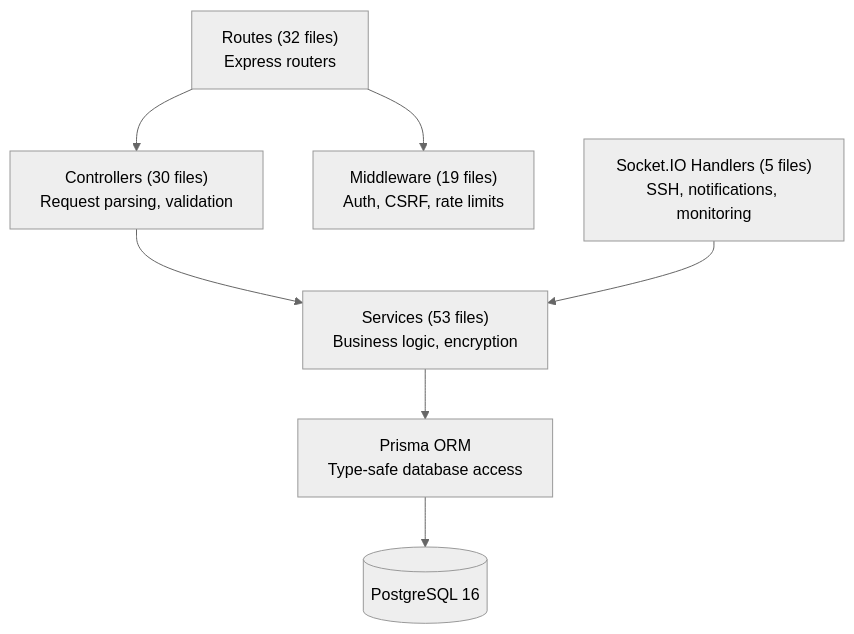
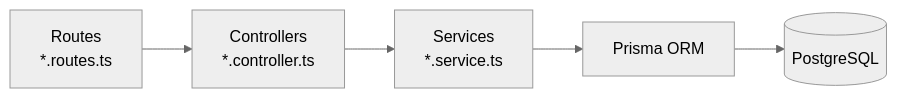
Before and after one commit to dnviti/remote-desktop-manager: the second of 11 diagrams in docs/architecture.md, drawn with Mermaid (neutral theme). The commit also changed other lines of this file and 9 other files, not shown here.

````diff
--- a/docs/architecture.md
+++ b/docs/architecture.md
@@ -51,11 +101,4 @@
 ```mermaid
-flowchart TD
-    Routes["Routes (32 files)<br/>Express routers"] --> Controllers["Controllers (30 files)<br/>Request parsing, validation"]
-    Controllers --> Services["Services (53 files)<br/>Business logic, encryption"]
-    Services --> Prisma["Prisma ORM<br/>Type-safe database access"]
-    Prisma --> PostgreSQL[(PostgreSQL 16)]
-
-    Routes --> Middleware["Middleware (19 files)<br/>Auth, CSRF, rate limits"]
-
-    Socket["Socket.IO Handlers (5 files)<br/>SSH, notifications, monitoring"] --> Services
+flowchart LR
+    Routes["Routes<br/>*.routes.ts"] --> Controllers["Controllers<br/>*.controller.ts"] --> Services["Services<br/>*.service.ts"] --> Prisma["Prisma ORM"] --> DB[(PostgreSQL)]
 ```
````
